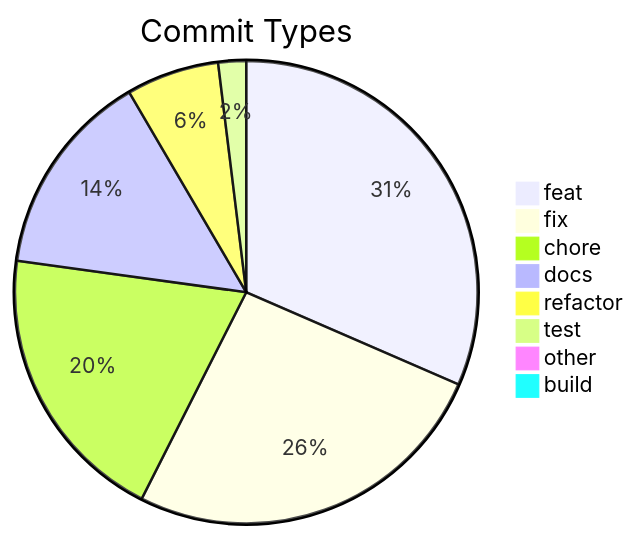
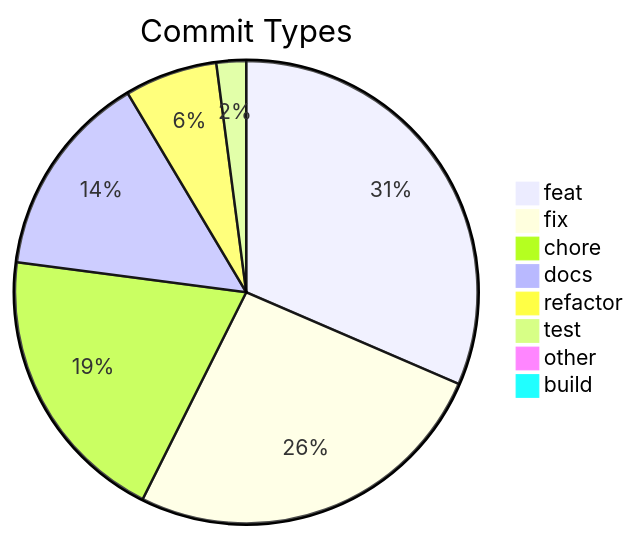
Before and after one commit to svenroth-ai/shipwright: the diagram in .shipwright/compliance/change-history.md, drawn with Mermaid. The commit also changed other lines of this file and 29 other files, not shown here.

````diff
--- a/.shipwright/compliance/change-history.md
+++ b/.shipwright/compliance/change-history.md
@@ -8,11 +8,11 @@
 ```mermaid
 pie title Commit Types
     "feat" : 243
     "fix" : 200
     "chore" : 152
     "docs" : 111
     "refactor" : 50
-    "test" : 15
+    "test" : 16
     "other" : 7
     "build" : 1
 ```
````
